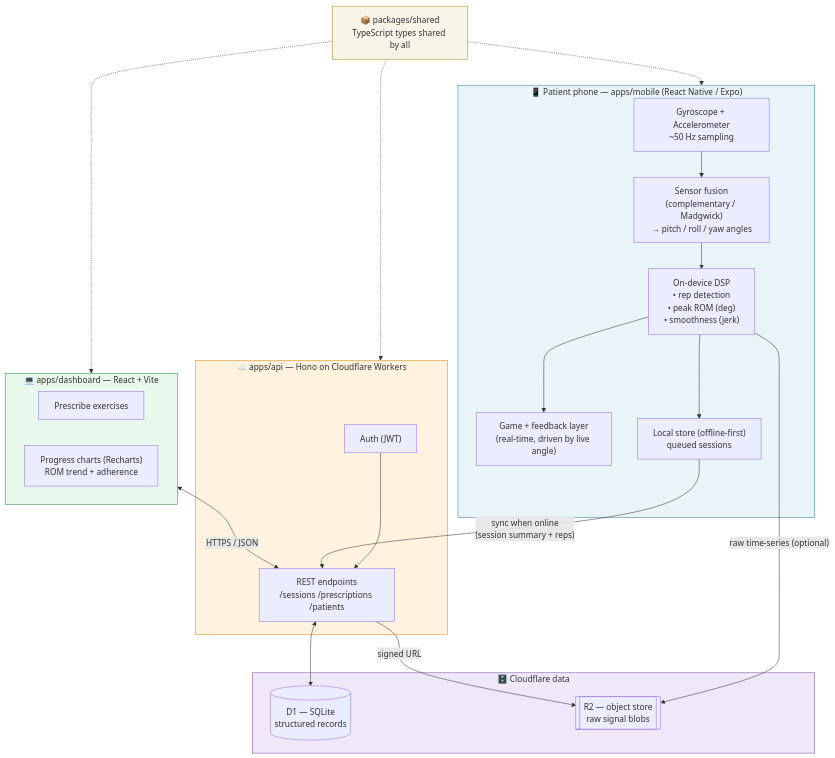
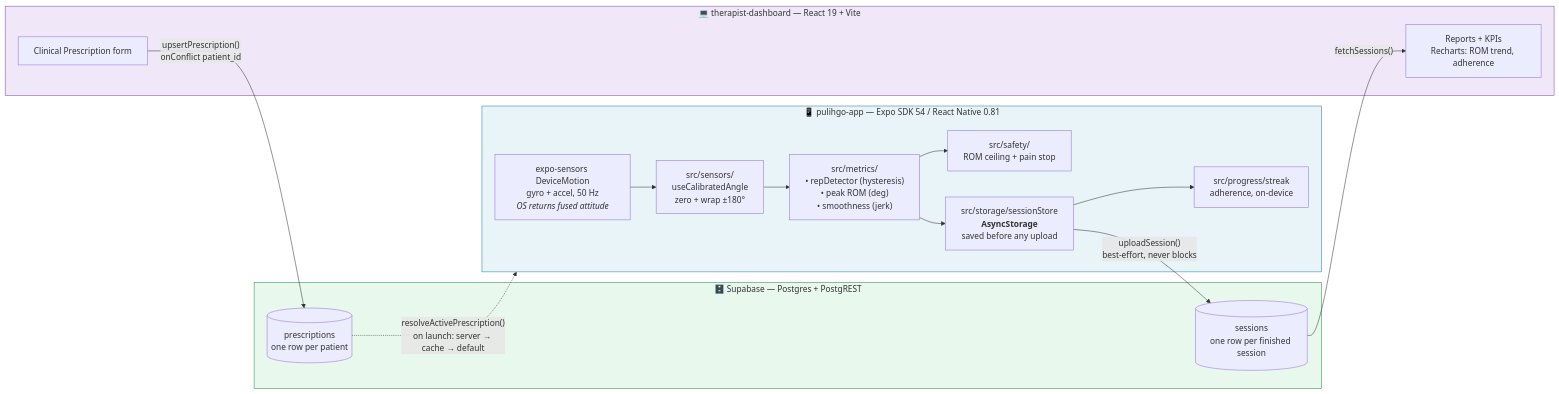
One commit to radityawsgtg/Pulihgo changed the first of 2 diagrams in pulihgo-app/docs/02-architecture.md. Above: the diagram before and after it, drawn with Mermaid. The commit also changed other lines of this file and 5 other files, not shown here.

````diff
--- a/pulihgo-app/docs/02-architecture.md
+++ b/pulihgo-app/docs/02-architecture.md
@@ -9,46 +25,33 @@
 ```mermaid
-flowchart TD
-    subgraph Phone["📱 Patient phone — apps/mobile (React Native / Expo)"]
-        SENS["Gyroscope + Accelerometer<br/>~50 Hz sampling"]
-        FUSE["Sensor fusion<br/>(complementary / Madgwick)<br/>→ pitch / roll / yaw angles"]
-        DSP["On-device DSP<br/>• rep detection<br/>• peak ROM (deg)<br/>• smoothness (jerk)"]
-        GAME["Game + feedback layer<br/>(real-time, driven by live angle)"]
-        LOCAL["Local store (offline-first)<br/>queued sessions"]
-        SENS --> FUSE --> DSP --> GAME
-        DSP --> LOCAL
+flowchart LR
+    subgraph Phone["📱 pulihgo-app — Expo SDK 54 / React Native 0.81"]
+        SENS["expo-sensors DeviceMotion<br/>gyro + accel, 50 Hz<br/><i>OS returns fused attitude</i>"]
+        CAL["src/sensors/<br/>useCalibratedAngle<br/>zero + wrap ±180°"]
+        DSP["src/metrics/<br/>• repDetector (hysteresis)<br/>• peak ROM (deg)<br/>• smoothness (jerk)"]
+        SAFE["src/safety/<br/>ROM ceiling + pain stop"]
+        LOCAL["src/storage/sessionStore<br/><b>AsyncStorage</b><br/>saved before any upload"]
+        PROG["src/progress/streak<br/>adherence, on-device"]
+        SENS --> CAL --> DSP --> LOCAL
+        DSP --> SAFE
+        LOCAL --> PROG
     end
 
-    subgraph Edge["☁️ apps/api — Hono on Cloudflare Workers"]
-        AUTH["Auth (JWT)"]
-        REST["REST endpoints<br/>/sessions /prescriptions /patients"]
-        AUTH --> REST
+    subgraph Cloud["🗄️ Supabase — Postgres + PostgREST"]
+        SESS[("sessions<br/>one row per finished session")]
+        RX[("prescriptions<br/>one row per patient")]
     end
 
-    subgraph Data["🗄️ Cloudflare data"]
-        D1[("D1 — SQLite<br/>structured records")]
-        R2[["R2 — object store<br/>raw signal blobs"]]
+    subgraph Web["💻 therapist-dashboard — React 19 + Vite"]
+        CHARTS["Reports + KPIs<br/>Recharts: ROM trend, adherence"]
+        FORM["Clinical Prescription form"]
     end
 
-    subgraph Web["💻 apps/dashboard — React + Vite"]
-        PRESCRIBE["Prescribe exercises"]
-        PROGRESS["Progress charts (Recharts)<br/>ROM trend + adherence"]
-    end
-
-    SHARED["📦 packages/shared<br/>TypeScript types shared by all"]
-
-    LOCAL -->|"sync when online<br/>(session summary + reps)"| REST
-    DSP -->|"raw time-series (optional)"| R2
-    REST <--> D1
-    REST -->|"signed URL"| R2
-    Web <-->|"HTTPS / JSON"| REST
-
-    SHARED -.-> Phone
-    SHARED -.-> Edge
-    SHARED -.-> Web
+    LOCAL -->|"uploadSession()<br/>best-effort, never blocks"| SESS
+    SESS -->|"fetchSessions()"| CHARTS
+    FORM -->|"upsertPrescription()<br/>onConflict patient_id"| RX
+    RX -.->|"resolveActivePrescription()<br/>on launch: server → cache → default"| Phone
 
     style Phone fill:#e8f4f8,stroke:#2a7ca8
-    style Edge fill:#fff3e0,stroke:#e08a00
-    style Data fill:#f0e8f8,stroke:#7a4ca8
-    style Web fill:#e8f8ec,stroke:#2a8a4c
-    style SHARED fill:#f8f4e8,stroke:#a8862a
+    style Cloud fill:#e8f8ec,stroke:#2a8a4c
+    style Web fill:#f0e8f8,stroke:#7a4ca8
 ```
````
